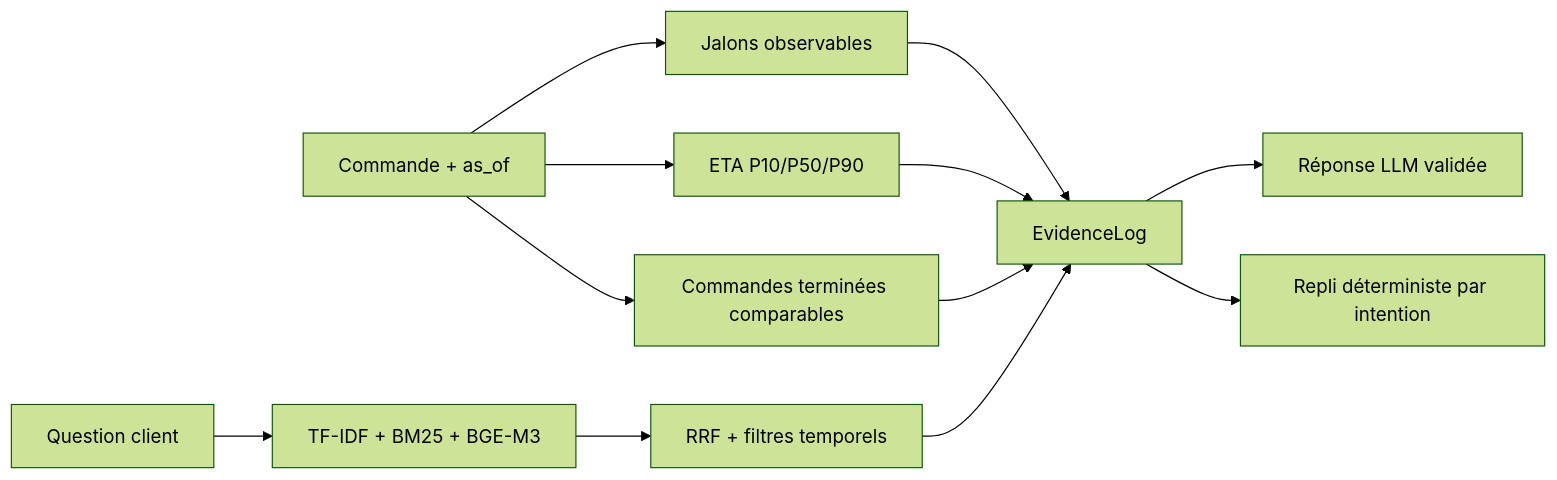
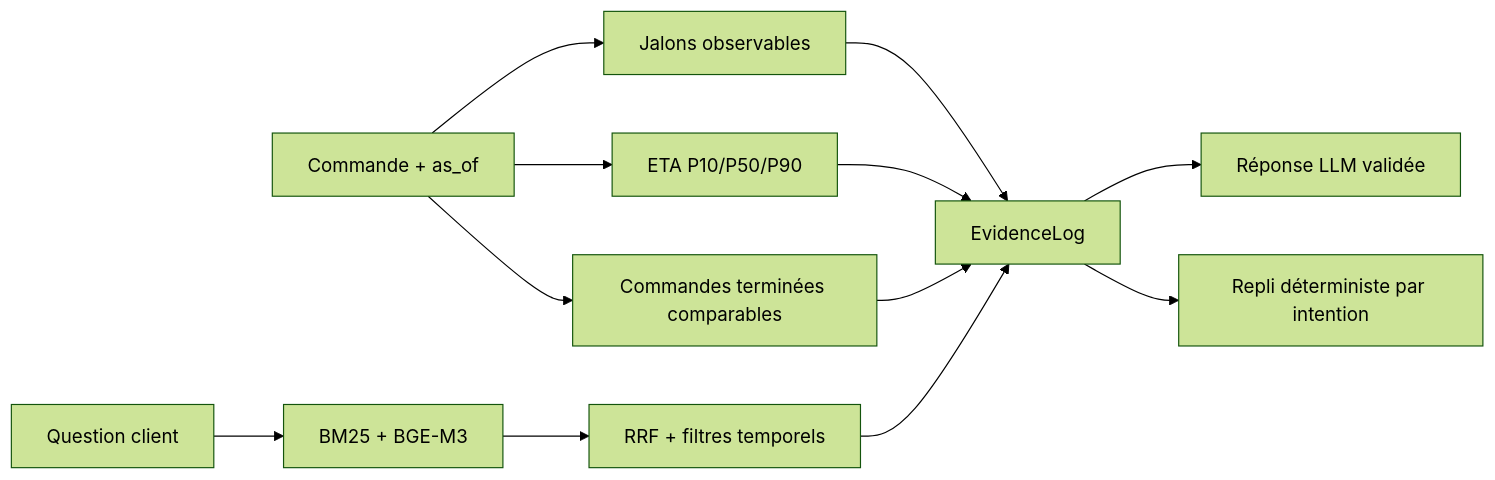
Before and after one commit to mariembouchaddakh/ShopInsight: the diagram in docs/agents_BO4.md, drawn with Mermaid (forest theme). The commit also changed other lines of this file and 9 other files, not shown here.

````diff
--- a/docs/agents_BO4.md
+++ b/docs/agents_BO4.md
@@ -7,14 +7,14 @@
 ```mermaid
 flowchart LR
   A[Commande + as_of] --> B[Jalons observables]
   A --> C[ETA P10/P50/P90]
   A --> D[Commandes terminées comparables]
-  Q[Question client] --> E[TF-IDF + BM25 + BGE-M3]
+  Q[Question client] --> E[BM25 + BGE-M3]
   E --> F[RRF + filtres temporels]
   B --> G[EvidenceLog]
   C --> G
   D --> G
   F --> G
   G --> H[Réponse LLM validée]
   G --> I[Repli déterministe par intention]
 ```
````
